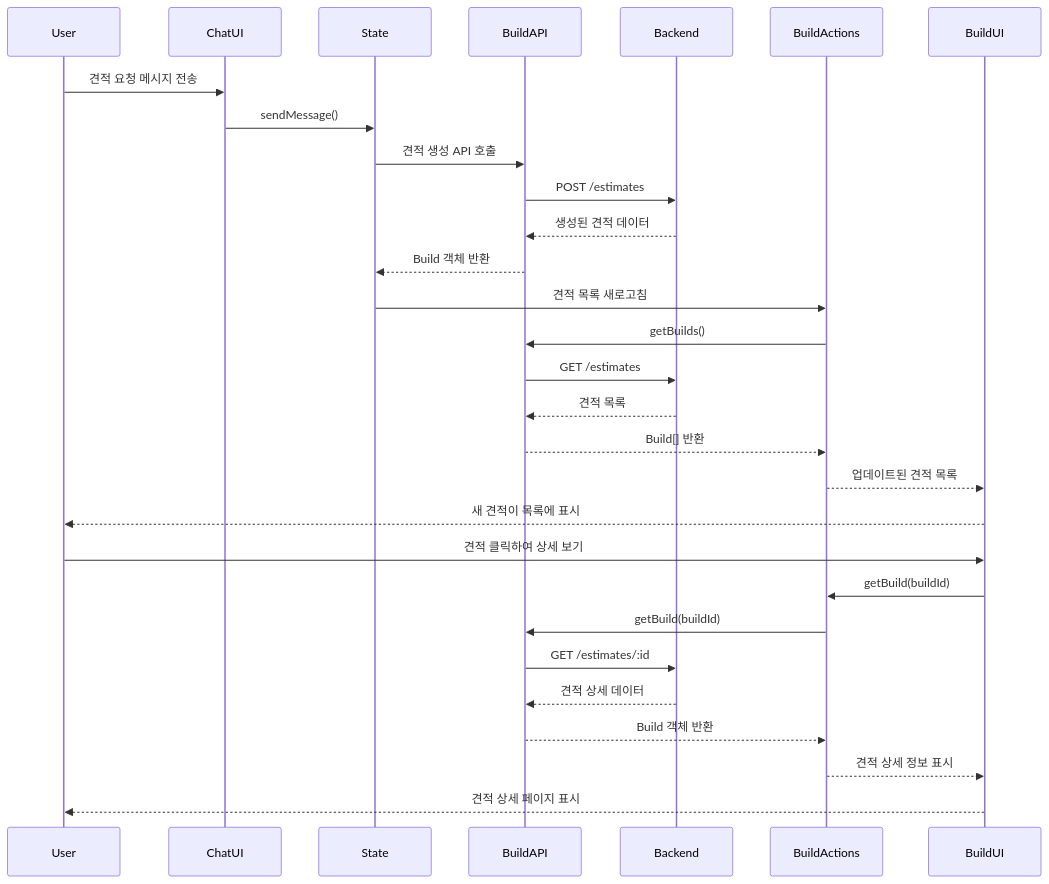
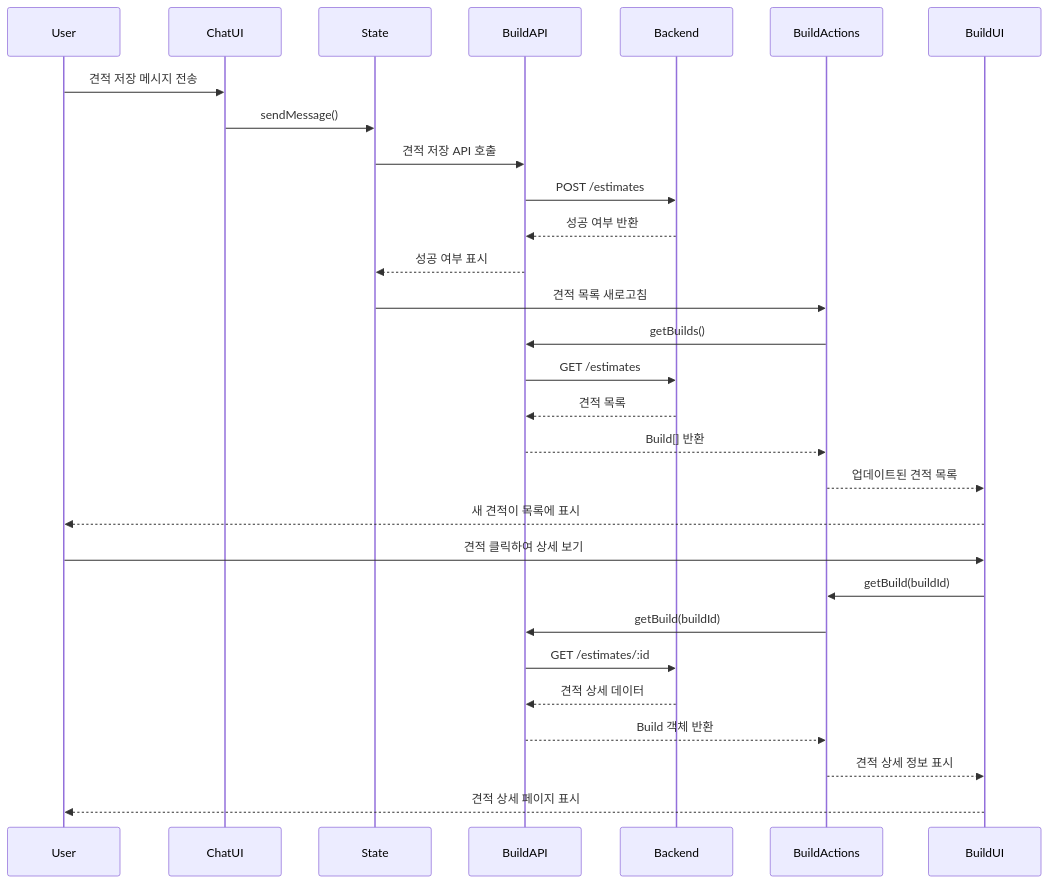
Before and after one commit to p0pular131/askspec-chat-assistant: diagram 11 of 20 in docs/design-specification.md, drawn with Mermaid.

Commit message:
ㅁㄴㅇㄻㄴㅇㄻㄴㅇㄹ

````diff
--- a/docs/design-specification.md
+++ b/docs/design-specification.md
@@ -567,28 +567,28 @@
 ```mermaid
 sequenceDiagram
-    User->>ChatUI: 견적 요청 메시지 전송
+    User->>ChatUI: 견적 저장 메시지 전송
     ChatUI->>State: sendMessage()
 
-    State->>BuildAPI: 견적 생성 API 호출
+    State->>BuildAPI: 견적 저장 API 호출
     BuildAPI->>Backend: POST /estimates
-    Backend-->>BuildAPI: 생성된 견적 데이터
-    BuildAPI-->>State: Build 객체 반환
+    Backend-->>BuildAPI: 성공 여부 반환
+    BuildAPI-->>State: 성공 여부 표시
     
     State->>BuildActions: 견적 목록 새로고침
     BuildActions->>BuildAPI: getBuilds()
     BuildAPI->>Backend: GET /estimates
     Backend-->>BuildAPI: 견적 목록
     BuildAPI-->>BuildActions: Build[] 반환
     
     BuildActions-->>BuildUI: 업데이트된 견적 목록
     BuildUI-->>User: 새 견적이 목록에 표시
     
     User->>BuildUI: 견적 클릭하여 상세 보기
     BuildUI->>BuildActions: getBuild(buildId)
     BuildActions->>BuildAPI: getBuild(buildId)
     BuildAPI->>Backend: GET /estimates/:id
     Backend-->>BuildAPI: 견적 상세 데이터
     BuildAPI-->>BuildActions: Build 객체 반환
     BuildActions-->>BuildUI: 견적 상세 정보 표시
     BuildUI-->>User: 견적 상세 페이지 표시
 ```
````
